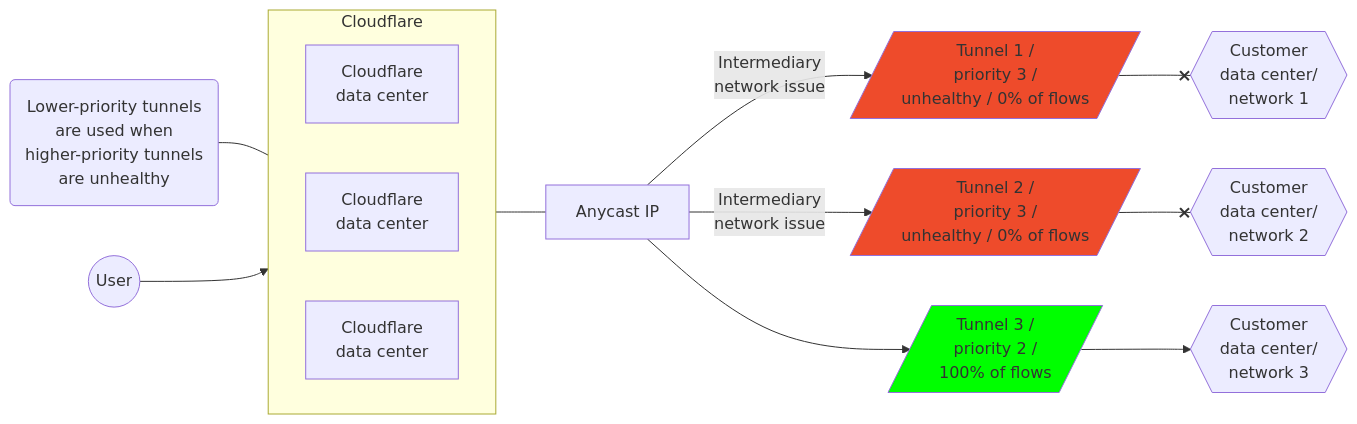
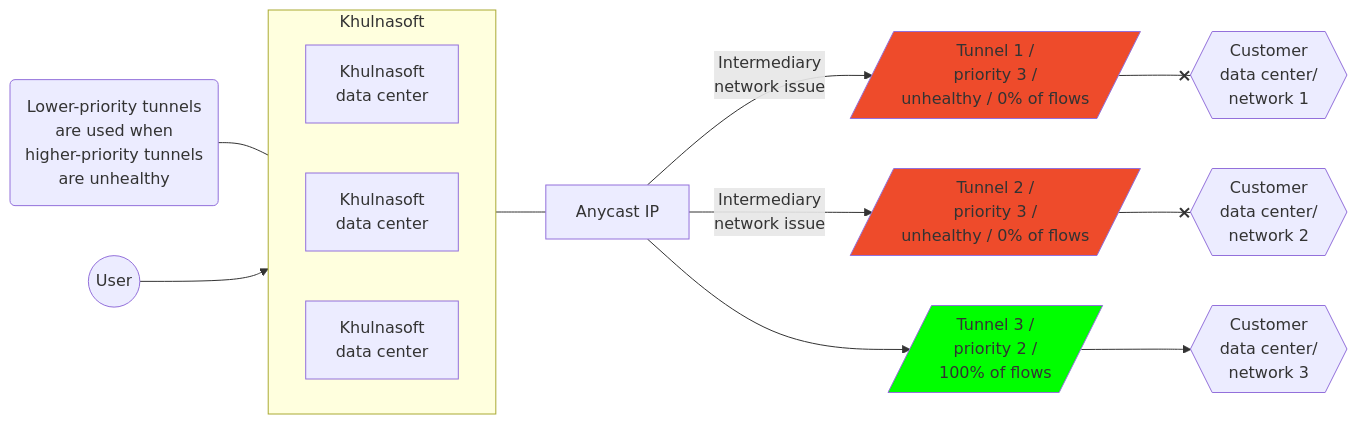
The fourth of 4 diagrams in content/magic-transit/_partials/_traffic-steering.md (NxPKG/khulnasoft-docs), drawn with Mermaid before and after one commit. The commit also changed other lines of this file and 2914 other files, not shown here.

````diff
--- a/content/magic-transit/_partials/_traffic-steering.md
+++ b/content/magic-transit/_partials/_traffic-steering.md
@@ -115,20 +115,20 @@
 ```mermaid
 flowchart LR
 accTitle: Tunnels diagram
 accDescr: This example has Tunnel 1 and 2 unhealthy, and all traffic prioritized to Tunnel 3.
 
-subgraph Cloudflare
+subgraph Khulnasoft
 direction LR
-B[Cloudflare <br> data center]
-C[Cloudflare <br> data center]
-D[Cloudflare <br> data center]
+B[Khulnasoft <br> data center]
+C[Khulnasoft <br> data center]
+D[Khulnasoft <br> data center]
 end
 
-Z(Lower-priority tunnels <br> are used when <br> higher-priority tunnels <br> are unhealthy) --- Cloudflare
-A((User)) --> Cloudflare --- E[Anycast IP]
+Z(Lower-priority tunnels <br> are used when <br> higher-priority tunnels <br> are unhealthy) --- Khulnasoft
+A((User)) --> Khulnasoft --- E[Anycast IP]
 E[Anycast IP]  -- Intermediary <br> network issue -->  F[/Tunnel 1 / <br> priority 3 / <br> unhealthy / 0% of flows/]:::red --x I{{Customer <br> data center/ <br> network 1}}
 E[Anycast IP]  -- Intermediary <br> network issue -->  G[/Tunnel 2 / <br> priority 3 / <br> unhealthy / 0% of flows/]:::red --x J{{Customer <br> data center/ <br> network 2}}
 E[Anycast IP] -->  H[/Tunnel 3 / <br> priority 2 / <br> 100% of flows/]:::green --> K{{Customer <br> data center/ <br> network 3}}
 classDef red fill:#EE4B2B
 classDef green fill:#00FF00
 ```
````
